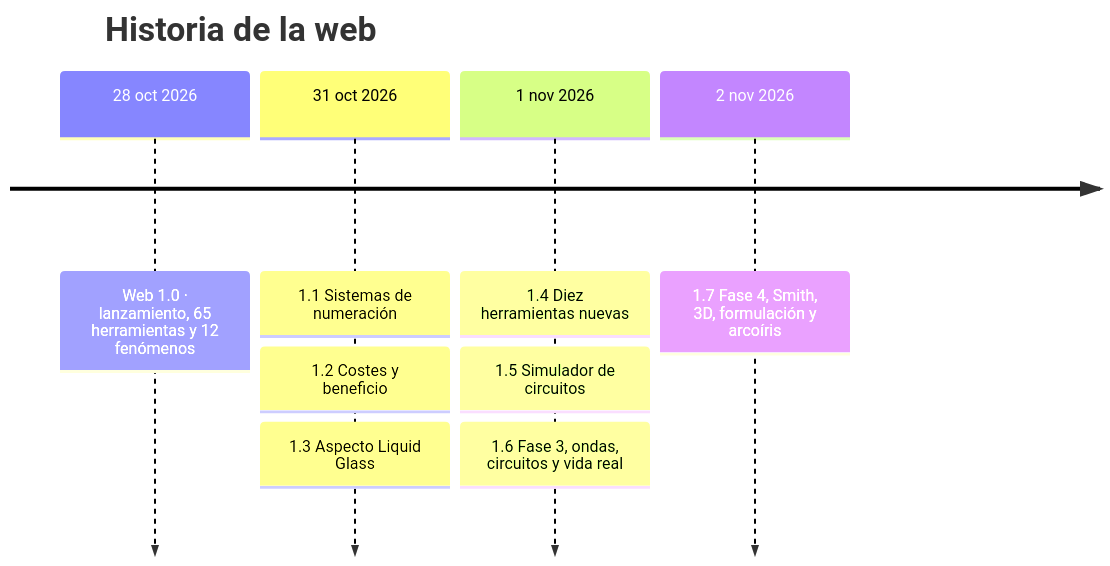
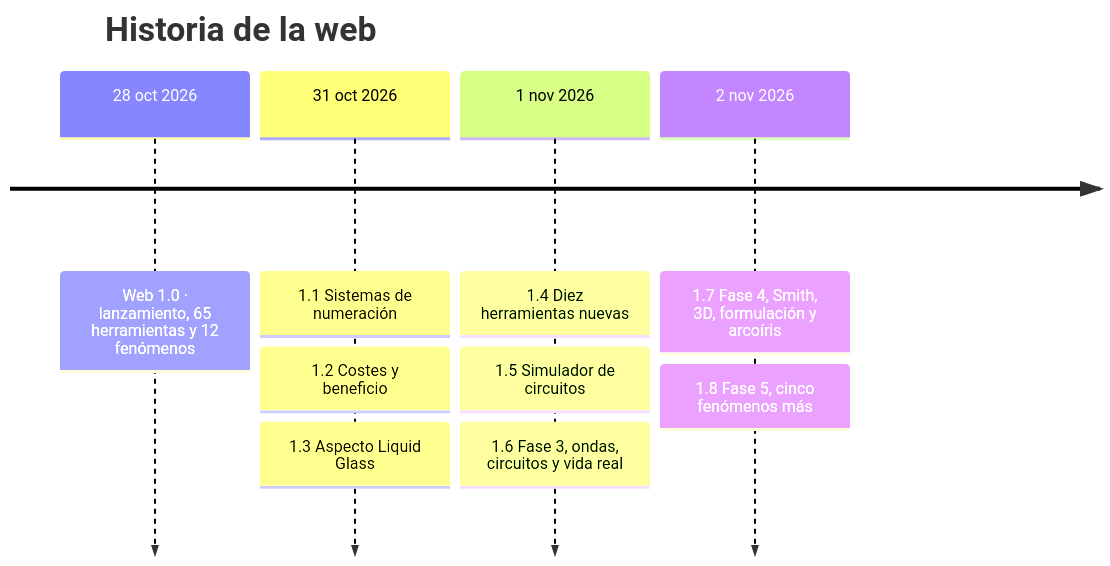
One commit to Danijimzzz/Electromagnetismo changed the diagram in README.md. Above: the diagram before and after it, drawn with Mermaid. The commit also changed other lines of this file and 129 other files, not shown here.

````diff
--- a/README.md
+++ b/README.md
@@ -31,8 +31,8 @@
 ```mermaid
 timeline
     title Historia de la web
     28 oct 2026 : Web 1.0 · lanzamiento, 65 herramientas y 12 fenómenos
     31 oct 2026 : 1.1 Sistemas de numeración : 1.2 Costes y beneficio : 1.3 Aspecto Liquid Glass
     1 nov 2026 : 1.4 Diez herramientas nuevas : 1.5 Simulador de circuitos : 1.6 Fase 3, ondas, circuitos y vida real
-    2 nov 2026 : 1.7 Fase 4, Smith, 3D, formulación y arcoíris
+    2 nov 2026 : 1.7 Fase 4, Smith, 3D, formulación y arcoíris : 1.8 Fase 5, cinco fenómenos más
 ```
````
